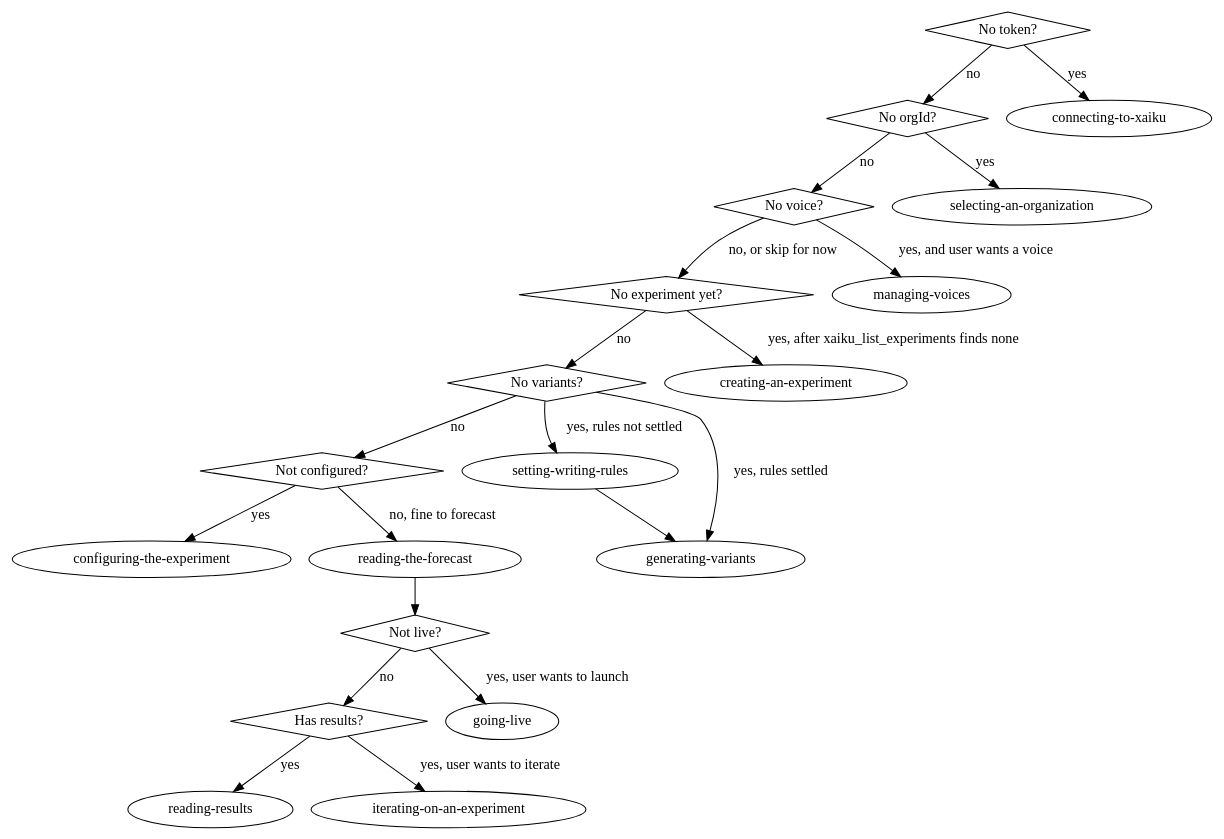
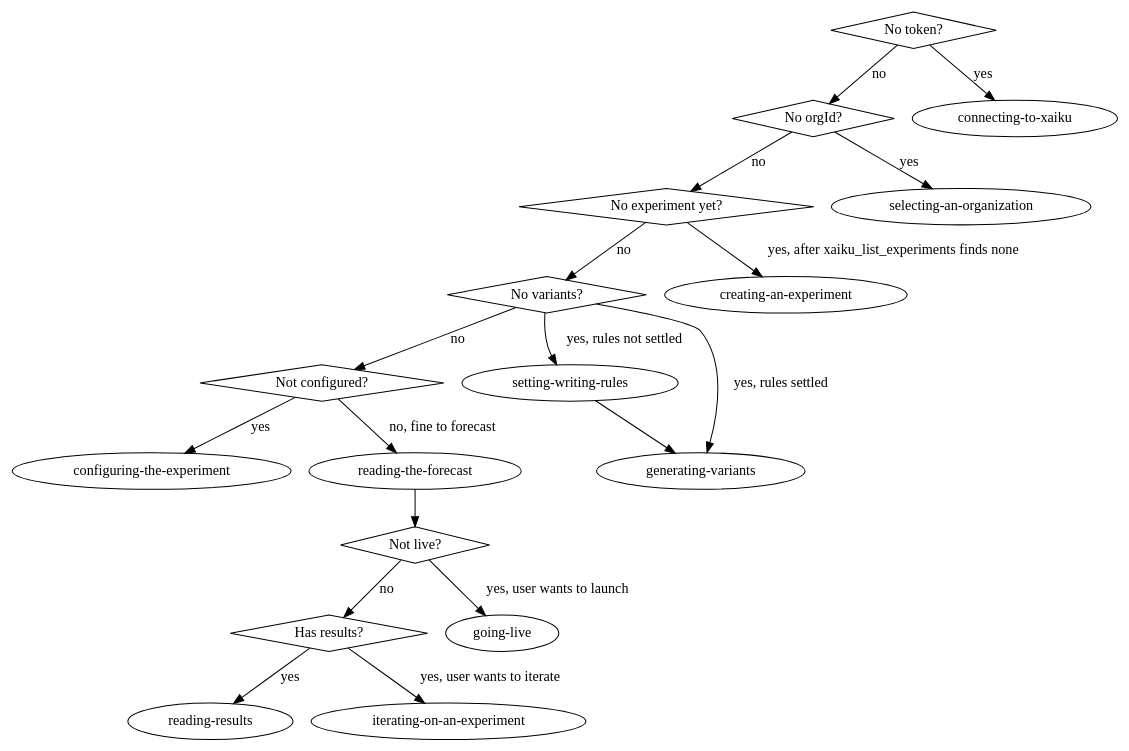
One commit to novykh/xaiku-sdk changed the diagram in packages/agent-plugin/skills/using-xaiku/SKILL.md. Above: the diagram before and after it, drawn with Graphviz. The commit also changed other lines of this file and 2 other files, not shown here.

````diff
--- a/packages/agent-plugin/skills/using-xaiku/SKILL.md
+++ b/packages/agent-plugin/skills/using-xaiku/SKILL.md
@@ -29,32 +29,29 @@
 ```dot
 digraph routing {
   "No token?" [shape=diamond];
   "No orgId?" [shape=diamond];
-  "No voice?" [shape=diamond];
   "No experiment yet?" [shape=diamond];
   "No variants?" [shape=diamond];
   "Not configured?" [shape=diamond];
   "Not live?" [shape=diamond];
   "Has results?" [shape=diamond];
 
   "No token?" -> "connecting-to-xaiku" [label="yes"];
   "No token?" -> "No orgId?" [label="no"];
   "No orgId?" -> "selecting-an-organization" [label="yes"];
-  "No orgId?" -> "No voice?" [label="no"];
-  "No voice?" -> "managing-voices" [label="yes, and user wants a voice"];
-  "No voice?" -> "No experiment yet?" [label="no, or skip for now"];
+  "No orgId?" -> "No experiment yet?" [label="no"];
   "No experiment yet?" -> "creating-an-experiment" [label="yes, after xaiku_list_experiments finds none"];
   "No experiment yet?" -> "No variants?" [label="no"];
   "No variants?" -> "setting-writing-rules" [label="yes, rules not settled"];
   "setting-writing-rules" -> "generating-variants";
   "No variants?" -> "generating-variants" [label="yes, rules settled"];
   "No variants?" -> "Not configured?" [label="no"];
   "Not configured?" -> "configuring-the-experiment" [label="yes"];
   "Not configured?" -> "reading-the-forecast" [label="no, fine to forecast"];
   "reading-the-forecast" -> "Not live?";
   "Not live?" -> "going-live" [label="yes, user wants to launch"];
   "Not live?" -> "Has results?" [label="no"];
   "Has results?" -> "reading-results" [label="yes"];
   "Has results?" -> "iterating-on-an-experiment" [label="yes, user wants to iterate"];
 }
 ```
````
